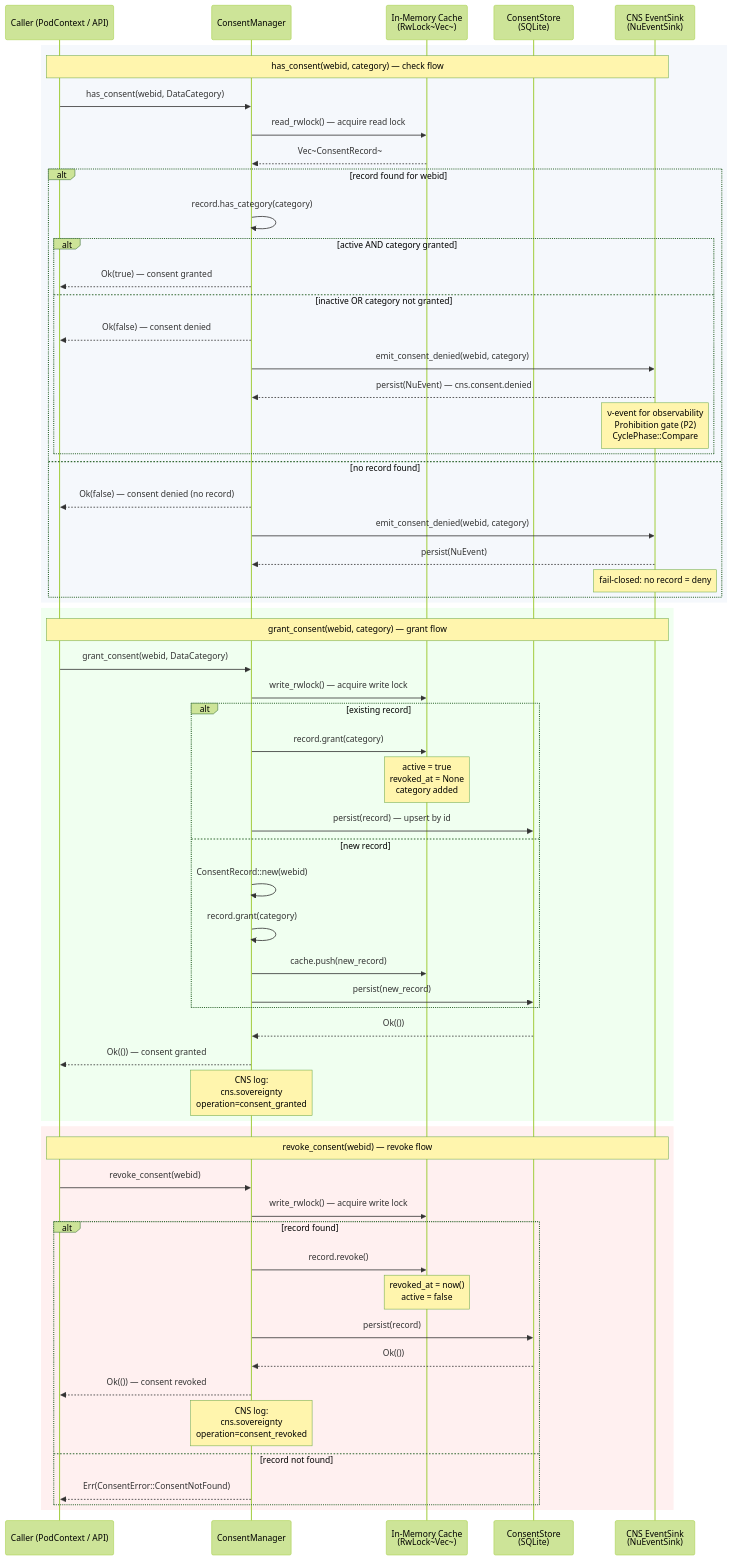
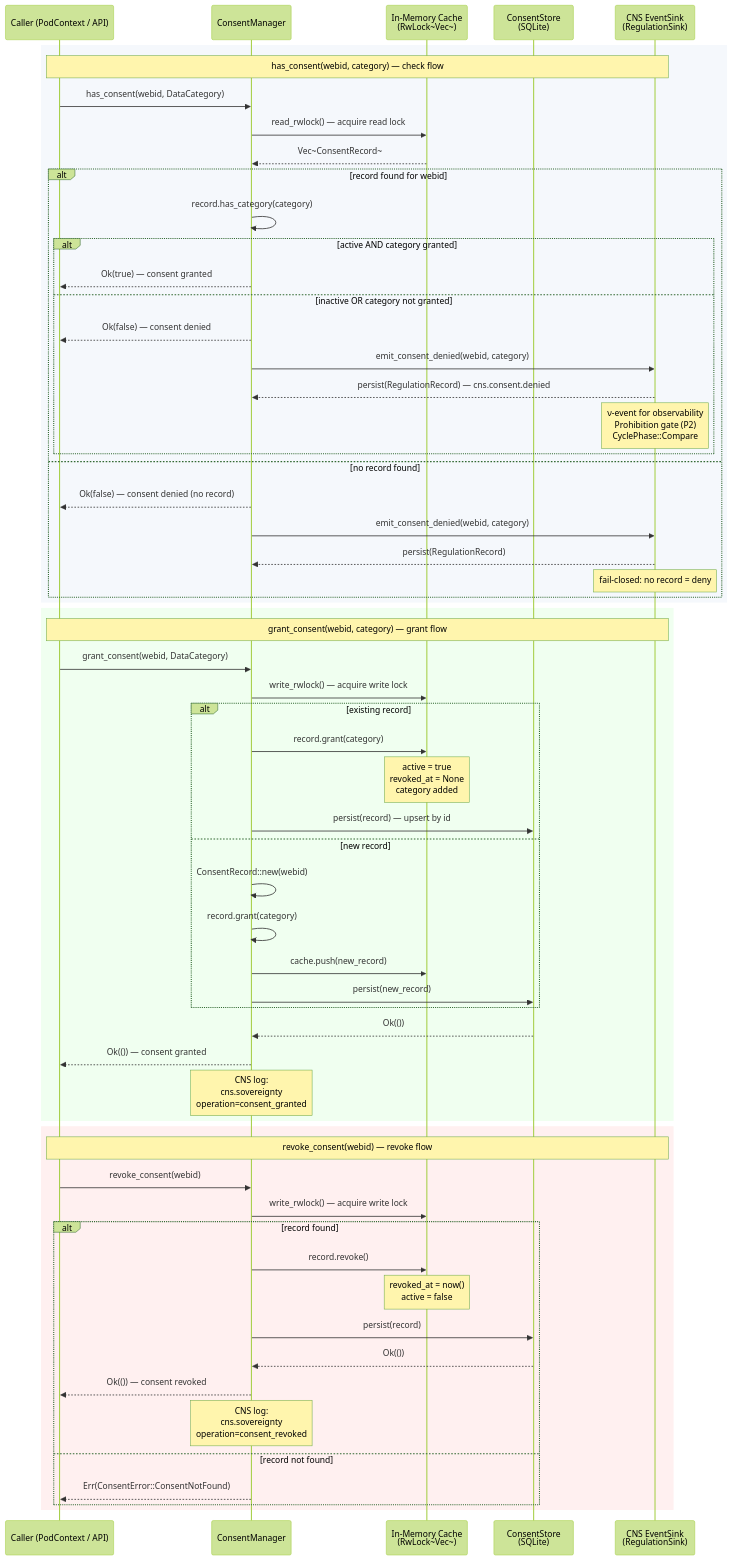
The fourth of 6 diagrams in docs/explanation/sovereignty-and-ocap.md (mdz-axo/hKask), drawn with Mermaid (forest theme) before and after one commit. The commit also changed other lines of this file and 35 other files, not shown here.

First line of the commit message:
document update - name change cns to regulationRename CNS types to regulation terminology in docs

````diff
--- a/docs/explanation/sovereignty-and-ocap.md
+++ b/docs/explanation/sovereignty-and-ocap.md
@@ -351,76 +351,76 @@
 ```mermaid
 sequenceDiagram
     participant Caller as Caller (PodContext / API)
     participant CM as ConsentManager
     participant Cache as In-Memory Cache<br/>(RwLock~Vec~)
     participant Store as ConsentStore<br/>(SQLite)
-    participant CNS as CNS EventSink<br/>(NuEventSink)
+    participant CNS as CNS EventSink<br/>(RegulationSink)
 
     %% ── has_consent() check flow ──
     rect rgb(245, 248, 252)
         Note over Caller,CNS: has_consent(webid, category) — check flow
 
         Caller->>CM: has_consent(webid, DataCategory)
         CM->>Cache: read_rwlock() — acquire read lock
         Cache-->>CM: Vec~ConsentRecord~
 
         alt record found for webid
             CM->>CM: record.has_category(category)
             alt active AND category granted
                 CM-->>Caller: Ok(true) — consent granted
             else inactive OR category not granted
                 CM-->>Caller: Ok(false) — consent denied
                 CM->>CNS: emit_consent_denied(webid, category)
-                CNS-->>CM: persist(NuEvent) — cns.consent.denied
+                CNS-->>CM: persist(RegulationRecord) — cns.consent.denied
                 Note over CNS: ν-event for observability<br/>Prohibition gate (P2)<br/>CyclePhase::Compare
             end
         else no record found
             CM-->>Caller: Ok(false) — consent denied (no record)
             CM->>CNS: emit_consent_denied(webid, category)
-            CNS-->>CM: persist(NuEvent)
+            CNS-->>CM: persist(RegulationRecord)
             Note over CNS: fail-closed: no record = deny
         end
     end
 
     %% ── grant_consent() flow ──
     rect rgb(240, 255, 240)
         Note over Caller,CNS: grant_consent(webid, category) — grant flow
 
         Caller->>CM: grant_consent(webid, DataCategory)
         CM->>Cache: write_rwlock() — acquire write lock
 
         alt existing record
             CM->>Cache: record.grant(category)
             Note over Cache: active = true<br/>revoked_at = None<br/>category added
             CM->>Store: persist(record) — upsert by id
         else new record
             CM->>CM: ConsentRecord::new(webid)
             CM->>CM: record.grant(category)
             CM->>Cache: cache.push(new_record)
             CM->>Store: persist(new_record)
         end
 
         Store-->>CM: Ok(())
         CM-->>Caller: Ok(()) — consent granted
         Note over CM: CNS log:<br/>cns.sovereignty<br/>operation=consent_granted
     end
 
     %% ── revoke_consent() flow ──
     rect rgb(255, 240, 240)
         Note over Caller,CNS: revoke_consent(webid) — revoke flow
 
         Caller->>CM: revoke_consent(webid)
         CM->>Cache: write_rwlock() — acquire write lock
 
         alt record found
             CM->>Cache: record.revoke()
             Note over Cache: revoked_at = now()<br/>active = false
             CM->>Store: persist(record)
             Store-->>CM: Ok(())
             CM-->>Caller: Ok(()) — consent revoked
             Note over CM: CNS log:<br/>cns.sovereignty<br/>operation=consent_revoked
         else record not found
             CM-->>Caller: Err(ConsentError::ConsentNotFound)
         end
     end
 ```
````
